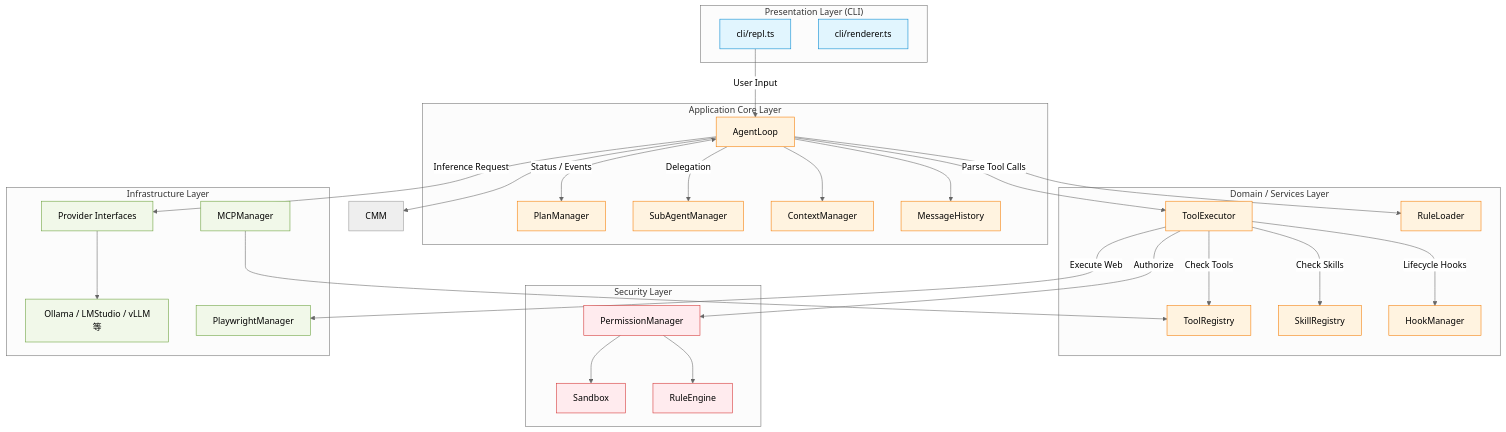
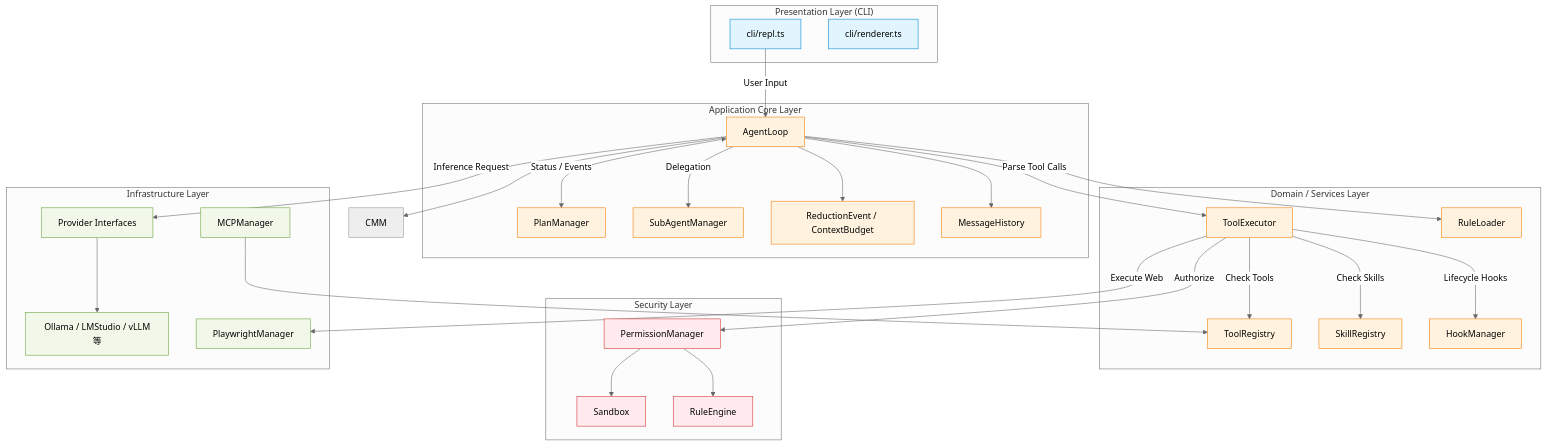
One commit to t2k2pp/lllmAgents changed the first of 14 diagrams in docs/internal_design.md. Above: the diagram before and after it, drawn with Mermaid (neutral theme). The commit also changed other lines of this file and 12 other files, not shown here.

````diff
--- a/docs/internal_design.md
+++ b/docs/internal_design.md
@@ -13,64 +13,64 @@
 ```mermaid
 graph TD
     classDef ui fill:#e1f5fe,stroke:#0288d1;
     classDef core fill:#fff3e0,stroke:#f57c00;
     classDef infra fill:#f1f8e9,stroke:#689f38;
     classDef sec fill:#ffebee,stroke:#d32f2f;
 
     subgraph "Presentation Layer (CLI)"
         REPL[cli/repl.ts]:::ui
         Renderer[cli/renderer.ts]:::ui
     end
 
     subgraph "Application Core Layer"
         AL[AgentLoop]:::core
         PM[PlanManager]:::core
         SM[SubAgentManager]:::core
-        CM[ContextManager]:::core
+        CM[ReductionEvent / ContextBudget]:::core
         Mem[MessageHistory]:::core
     end
 
     subgraph "Domain / Services Layer"
         TR[ToolRegistry]:::core
         TE[ToolExecutor]:::core
         SR[SkillRegistry]:::core
         HM[HookManager]:::core
         RL[RuleLoader]:::core
     end
 
     subgraph "Security Layer"
         Perm[PermissionManager]:::sec
         Sand[Sandbox]:::sec
         RE[RuleEngine]:::sec
     end
 
     subgraph "Infrastructure Layer"
         Prov[Provider Interfaces]:::infra
         Clients[Ollama / LMStudio / vLLM等]:::infra
         Play[PlaywrightManager]:::infra
         MCP[MCPManager]:::infra
     end
 
     REPL --> |User Input| AL
     AL --> Mem
     AL --> CM
     AL <--> |Status / Events| PM
     AL --> |Delegation| SM
     AL --> |Inference Request| Prov
     Prov --> Clients
 
     AL --> |Parse Tool Calls| TE
     TE --> |Check Tools| TR
     TE --> |Check Skills| SR
     TE --> |Authorize| Perm
     TE --> |Lifecycle Hooks| HM
 
     Perm --> Sand
     Perm --> RE
 
     TE --> |Execute Web| Play
 
     AL --> RL
     AL --> CMM
     MCP --> TR
 ```
````
